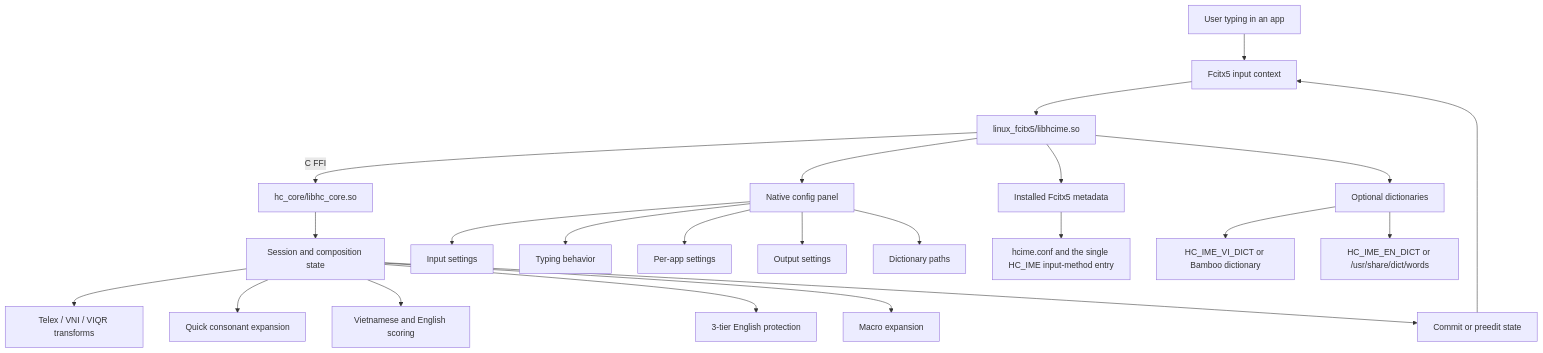
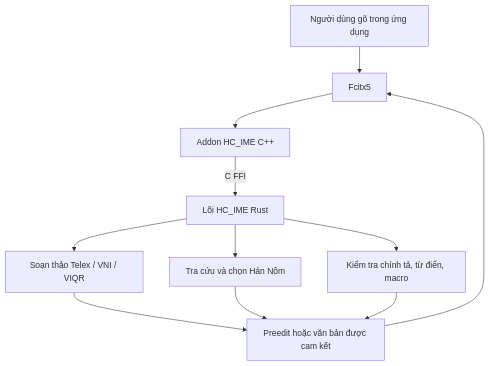
The diagram in README.md (jakessteve/HC_IME), drawn with Mermaid before and after one commit. The commit also changed other lines of this file and 1 other file, not shown here.

Commit message:
docs: update README and STATUS.md for Vietnamese input method features and validation details

````diff
--- a/README.md
+++ b/README.md
@@ -28,27 +26,13 @@
 ```mermaid
 graph TD
-    U[User typing in an app] --> F[Fcitx5 input context]
-    F --> E[linux_fcitx5/libhcime.so]
-    E -->|C FFI| R[hc_core/libhc_core.so]
-    R --> S[Session and composition state]
-    S --> T[Telex / VNI / VIQR transforms]
-    S --> Q[Quick consonant expansion]
-    S --> L[Vietnamese and English scoring]
-    S --> EP[3-tier English protection]
-    S --> M[Macro expansion]
-    S --> C[Commit or preedit state]
-    C --> F
-
-    E --> G[Native config panel]
-    G --> MI[Input settings]
-    G --> BT[Typing behavior]
-    G --> PA[Per-app settings]
-    G --> OP[Output settings]
-    G --> DP[Dictionary paths]
-
-    E --> I[Installed Fcitx5 metadata]
-    I --> J[hcime.conf and the single HC_IME input-method entry]
-    E --> D[Optional dictionaries]
-    D --> DV[HC_IME_VI_DICT or Bamboo dictionary]
-    D --> DE[HC_IME_EN_DICT or /usr/share/dict/words]
+    U[Người dùng gõ trong ứng dụng] --> F[Fcitx5]
+    F --> A[Addon HC_IME C++]
+    A -->|C FFI| R[Lõi HC_IME Rust]
+    R --> V[Soạn thảo Telex / VNI / VIQR]
+    R --> H[Tra cứu và chọn Hán Nôm]
+    R --> D[Kiểm tra chính tả, từ điển, macro]
+    V --> O[Preedit hoặc văn bản được cam kết]
+    H --> O
+    D --> O
+    O --> F
 ```
````
